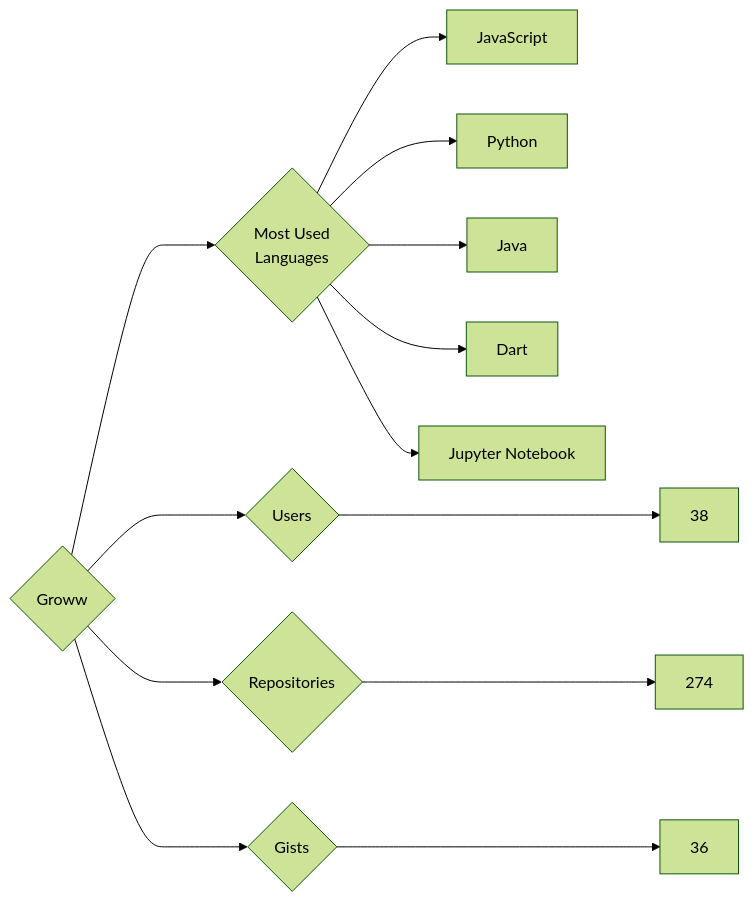
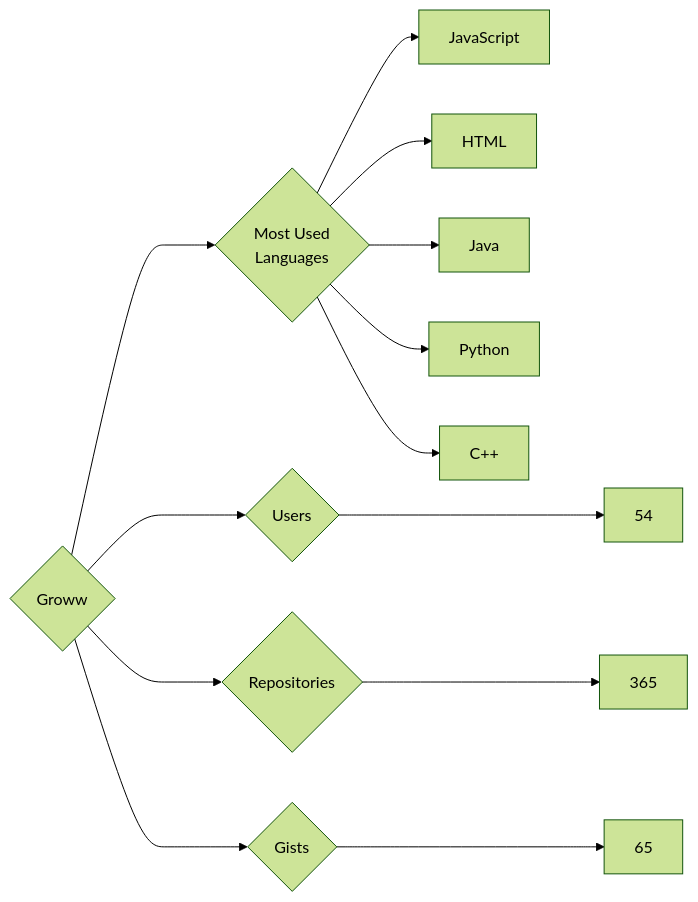
Before and after one commit to trickest/insiders: the diagram in targets/Groww/README.md, drawn with Mermaid (forest theme). The commit also changed 838 other files, not shown here.

````diff
--- a/targets/Groww/README.md
+++ b/targets/Groww/README.md
@@ -3,13 +3,13 @@
 ```mermaid
 graph LR
 COMPANY_NAME{Groww}
-COMPANY_NAME ---> U{Users} ---> UN[38]
-COMPANY_NAME ---> R{Repositories} ---> RN[274]
-COMPANY_NAME ---> G{Gists} ---> GN[36]
+COMPANY_NAME ---> U{Users} ---> UN[54]
+COMPANY_NAME ---> R{Repositories} ---> RN[365]
+COMPANY_NAME ---> G{Gists} ---> GN[65]
 COMPANY_NAME ---> ML{Most Used<br>Languages}
 ML --> JavaScript[JavaScript]
+ML --> HTML[HTML]
+ML --> Java[Java]
 ML --> Python[Python]
-ML --> Java[Java]
-ML --> Dart[Dart]
-ML --> Jupyter_Notebook[Jupyter Notebook]
+ML --> C++[C++]
 ```
````
